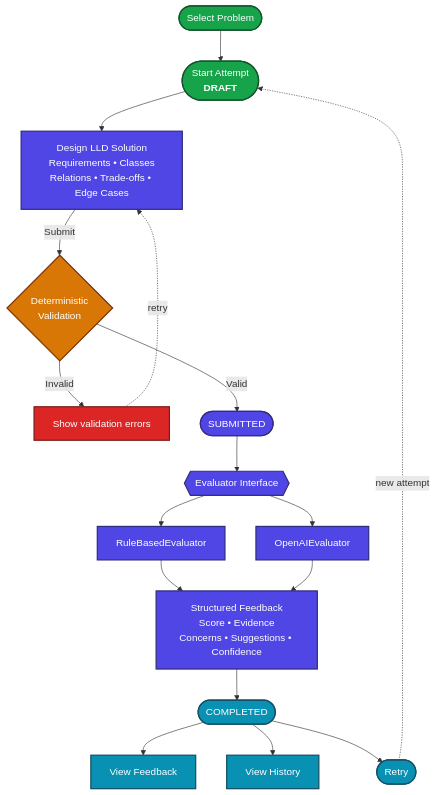
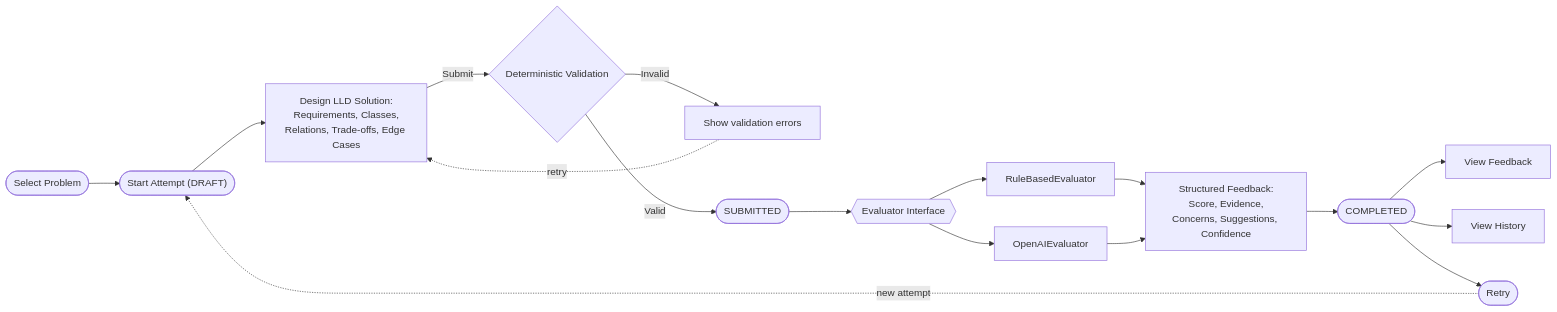
One commit to shaurya-sehgal5/LLD changed the second of 7 diagrams in README.md. Above: the diagram before and after it, drawn with Mermaid. The commit also changed other lines of this file, not shown here.

````diff
--- a/README.md
+++ b/README.md
@@ -165,32 +149,19 @@
 ```mermaid
-flowchart TD
-    A([Select Problem]) --> B(["Start Attempt<br/><b>DRAFT</b>"])
-    B --> C["Design LLD Solution<br/>Requirements • Classes<br/>Relations • Trade-offs • Edge Cases"]
-    C -->|Submit| D{Deterministic<br/>Validation}
+flowchart LR
+    A([Select Problem]) --> B(["Start Attempt (DRAFT)"])
+    B --> C["Design LLD Solution:<br/>Requirements, Classes,<br/>Relations, Trade-offs, Edge Cases"]
+    C -->|Submit| D{Deterministic Validation}
     D -->|Invalid| X[Show validation errors]
     X -.retry.-> C
     D -->|Valid| E(["SUBMITTED"])
     E --> F{{Evaluator Interface}}
     F --> G1[RuleBasedEvaluator]
     F --> G2[OpenAIEvaluator]
-    G1 --> H["Structured Feedback<br/>Score • Evidence<br/>Concerns • Suggestions • Confidence"]
+    G1 --> H["Structured Feedback:<br/>Score, Evidence,<br/>Concerns, Suggestions, Confidence"]
     G2 --> H
     H --> I(["COMPLETED"])
     I --> J1[View Feedback]
     I --> J2[View History]
     I --> J3(["Retry"])
     J3 -.new attempt.-> B
-
-    classDef start fill:#16a34a,stroke:#14532d,color:#fff,stroke-width:2px
-    classDef process fill:#4f46e5,stroke:#312e81,color:#fff,stroke-width:2px
-    classDef decision fill:#d97706,stroke:#78350f,color:#fff,stroke-width:2px
-    classDef error fill:#dc2626,stroke:#7f1d1d,color:#fff,stroke-width:2px
-    classDef final fill:#0891b2,stroke:#164e63,color:#fff,stroke-width:2px
-
-    class A,B start
-    class C,H process
-    class D decision
-    class X error
-    class E,F,G1,G2 process
-    class I,J1,J2,J3 final
 ```
````
